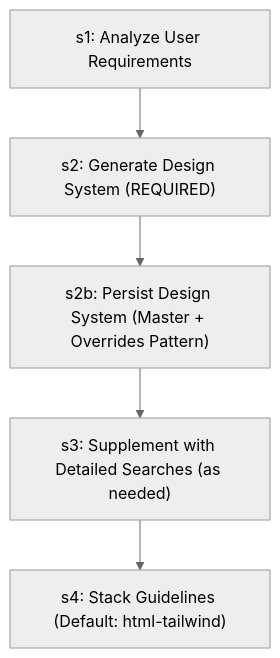
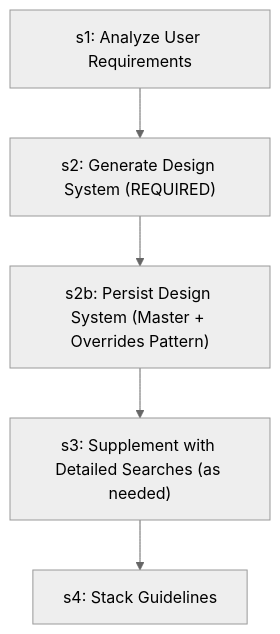
Before and after one commit to abhayla/claude-best-practices: diagram 27 of 29 in docs/workflows/_needs-manual-review.md, drawn with Mermaid (neutral theme). The commit also changed other lines of this file and 13 other files, not shown here.

````diff
--- a/docs/workflows/_needs-manual-review.md
+++ b/docs/workflows/_needs-manual-review.md
@@ -1274,12 +1274,12 @@
 ```mermaid
 graph TD
     s1["s1: Analyze User Requirements"]
     s2["s2: Generate Design System (REQUIRED)"]
     s1 --> s2
     s2b["s2b: Persist Design System (Master + Overrides Pattern)"]
     s2 --> s2b
     s3["s3: Supplement with Detailed Searches (as needed)"]
     s2b --> s3
-    s4["s4: Stack Guidelines (Default: html-tailwind)"]
+    s4["s4: Stack Guidelines"]
     s3 --> s4
 ```
````
